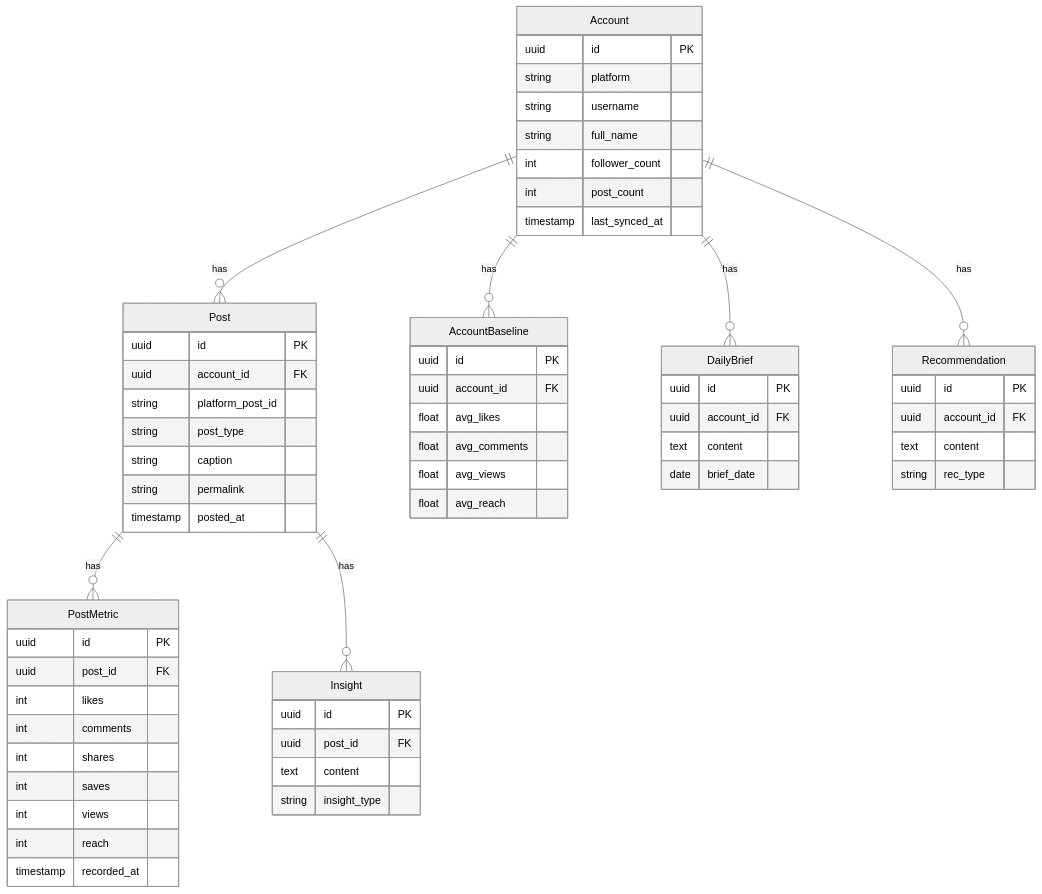
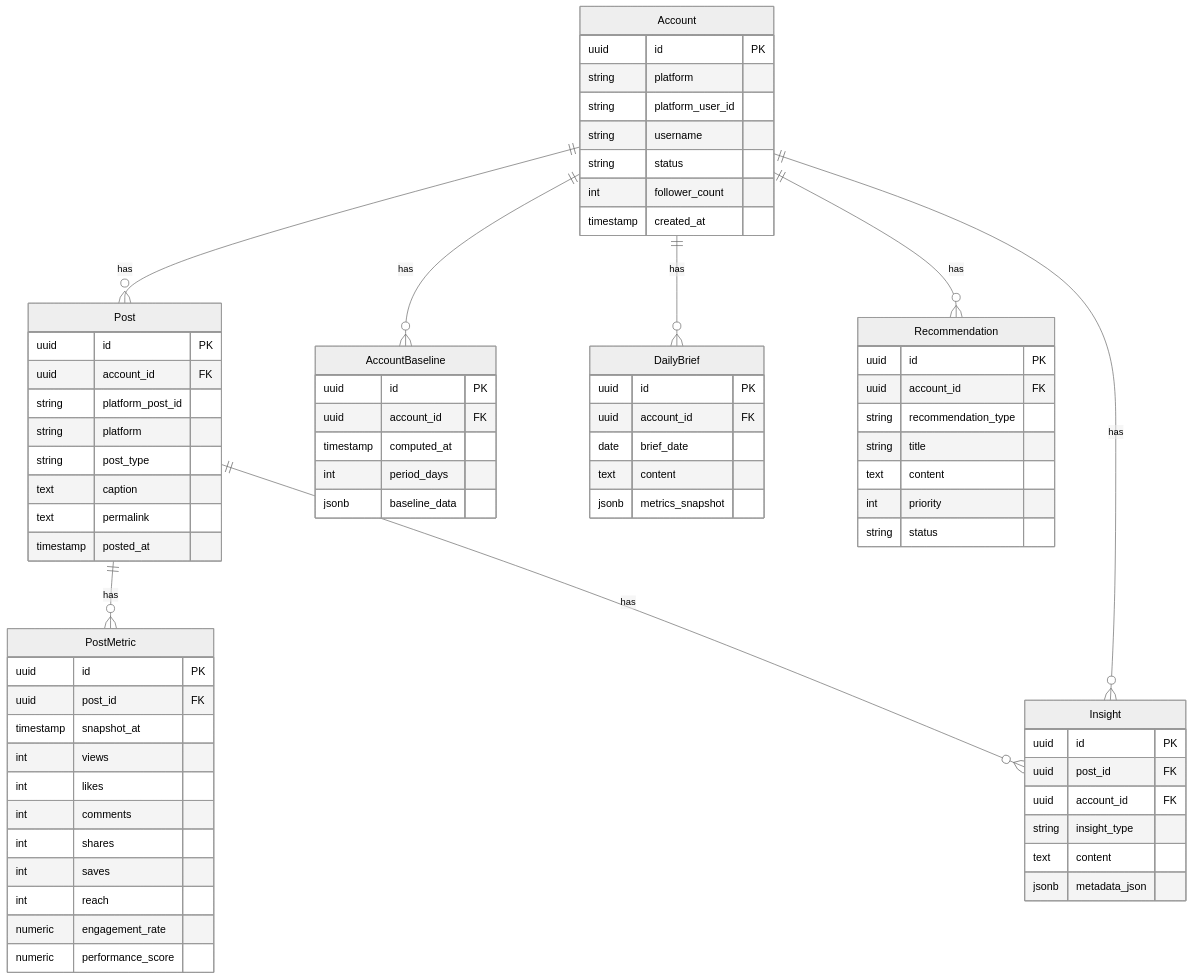
The fourth of 4 diagrams in README.md (rmadrazo97/SOCIAL-MEDIA-AGENT), drawn with Mermaid (neutral theme) before and after one commit. The commit also changed other lines of this file and 4 other files, not shown here.

````diff
--- a/README.md
+++ b/README.md
@@ -141,71 +141,80 @@
 ```mermaid
 erDiagram
     Account ||--o{ Post : has
     Account ||--o{ AccountBaseline : has
     Account ||--o{ DailyBrief : has
     Account ||--o{ Recommendation : has
+    Account ||--o{ Insight : has
     Post ||--o{ PostMetric : has
     Post ||--o{ Insight : has
 
     Account {
         uuid id PK
         string platform
+        string platform_user_id
         string username
-        string full_name
+        string status
         int follower_count
-        int post_count
-        timestamp last_synced_at
+        timestamp created_at
     }
 
     Post {
         uuid id PK
         uuid account_id FK
         string platform_post_id
+        string platform
         string post_type
-        string caption
-        string permalink
+        text caption
+        text permalink
         timestamp posted_at
     }
 
     PostMetric {
         uuid id PK
         uuid post_id FK
+        timestamp snapshot_at
+        int views
         int likes
         int comments
         int shares
         int saves
-        int views
         int reach
-        timestamp recorded_at
+        numeric engagement_rate
+        numeric performance_score
     }
 
     AccountBaseline {
         uuid id PK
         uuid account_id FK
-        float avg_likes
-        float avg_comments
-        float avg_views
-        float avg_reach
+        timestamp computed_at
+        int period_days
+        jsonb baseline_data
     }
 
     DailyBrief {
         uuid id PK
         uuid account_id FK
+        date brief_date
         text content
-        date brief_date
+        jsonb metrics_snapshot
     }
 
     Recommendation {
         uuid id PK
         uuid account_id FK
+        string recommendation_type
+        string title
         text content
-        string rec_type
+        int priority
+        string status
     }
 
     Insight {
         uuid id PK
         uuid post_id FK
+        uuid account_id FK
+        string insight_type
         text content
-        string insight_type
+        jsonb metadata_json
     }
 ```
````
